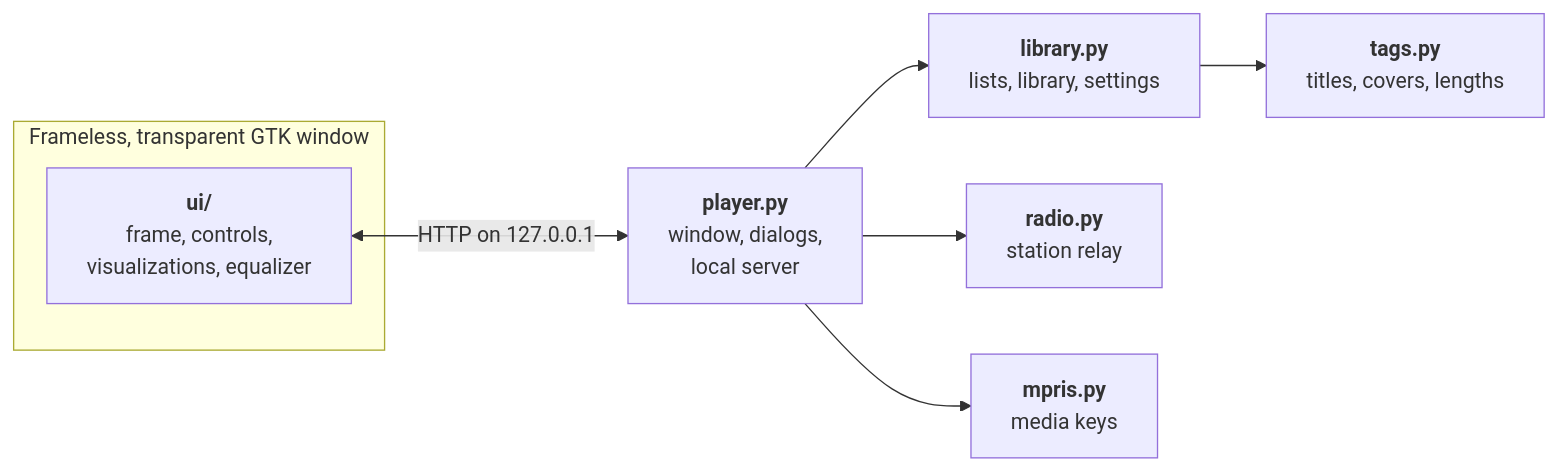
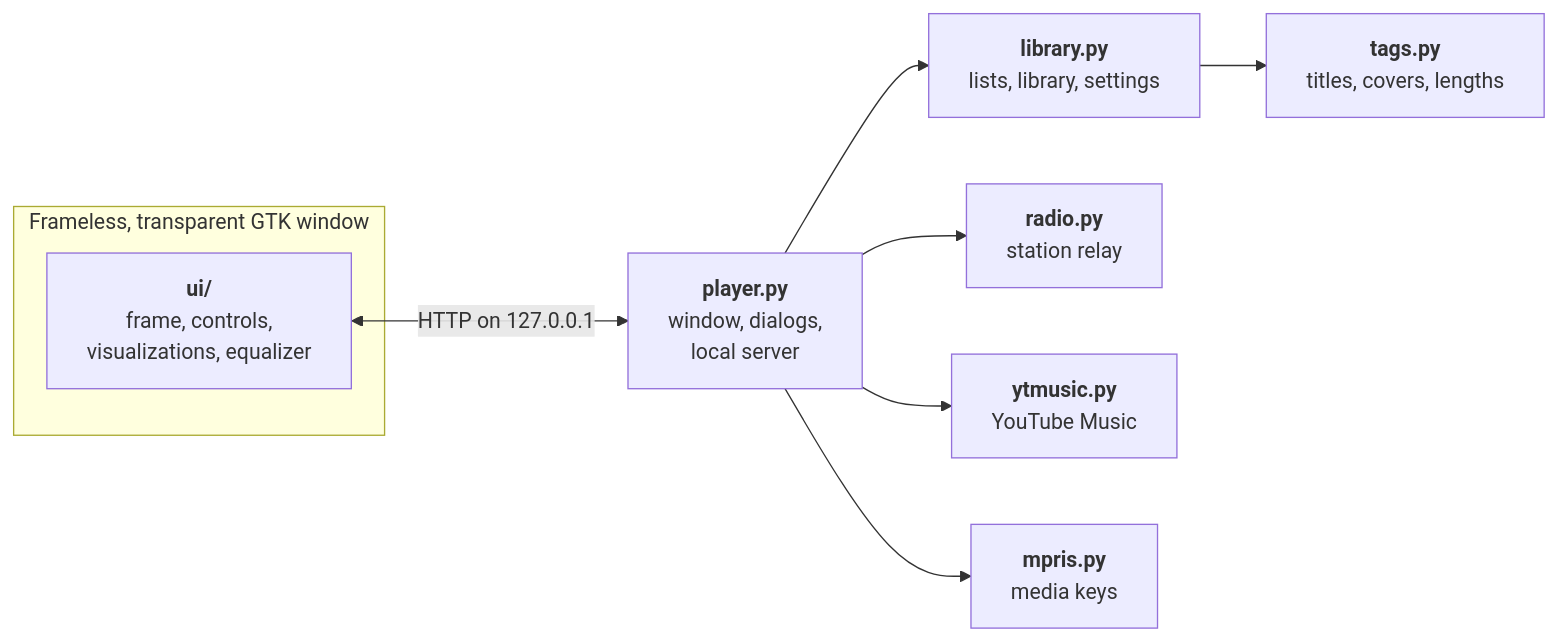
The first of 2 diagrams in README.md (NahuelGenchi/ocean-mist), drawn with Mermaid before and after one commit. The commit also changed other lines of this file and 10 other files, not shown here.

First line of the commit message:
feat: YouTube Music search and playback in Premium Services (#10)

````diff
--- a/README.md
+++ b/README.md
@@ -204,15 +213,17 @@
 ```mermaid
 flowchart LR
     subgraph window["Frameless, transparent GTK window"]
         page["<b>ui/</b><br/>frame, controls,<br/>visualizations, equalizer"]
     end
     host["<b>player.py</b><br/>window, dialogs,<br/>local server"]
     library["<b>library.py</b><br/>lists, library, settings"]
     tags["<b>tags.py</b><br/>titles, covers, lengths"]
     radio["<b>radio.py</b><br/>station relay"]
+    ytmusic["<b>ytmusic.py</b><br/>YouTube Music"]
     mpris["<b>mpris.py</b><br/>media keys"]
     page <-->|"HTTP on 127.0.0.1"| host
     host --> library --> tags
     host --> radio
+    host --> ytmusic
     host --> mpris
 ```
````
